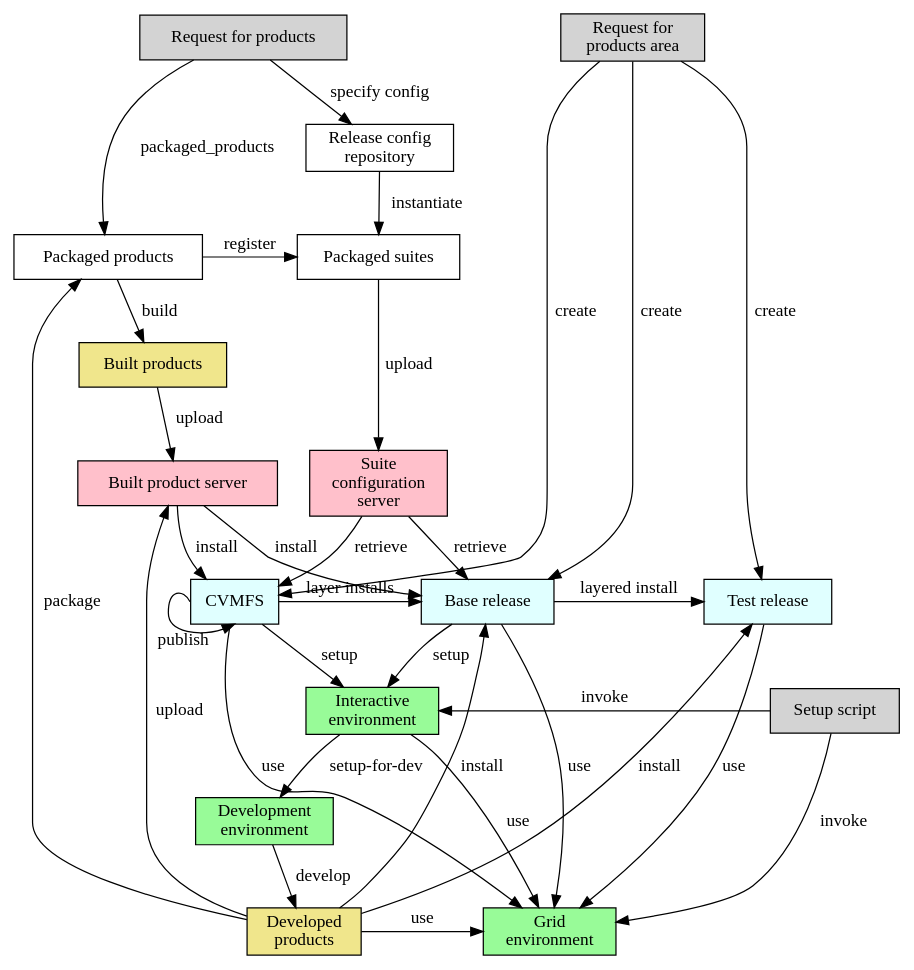
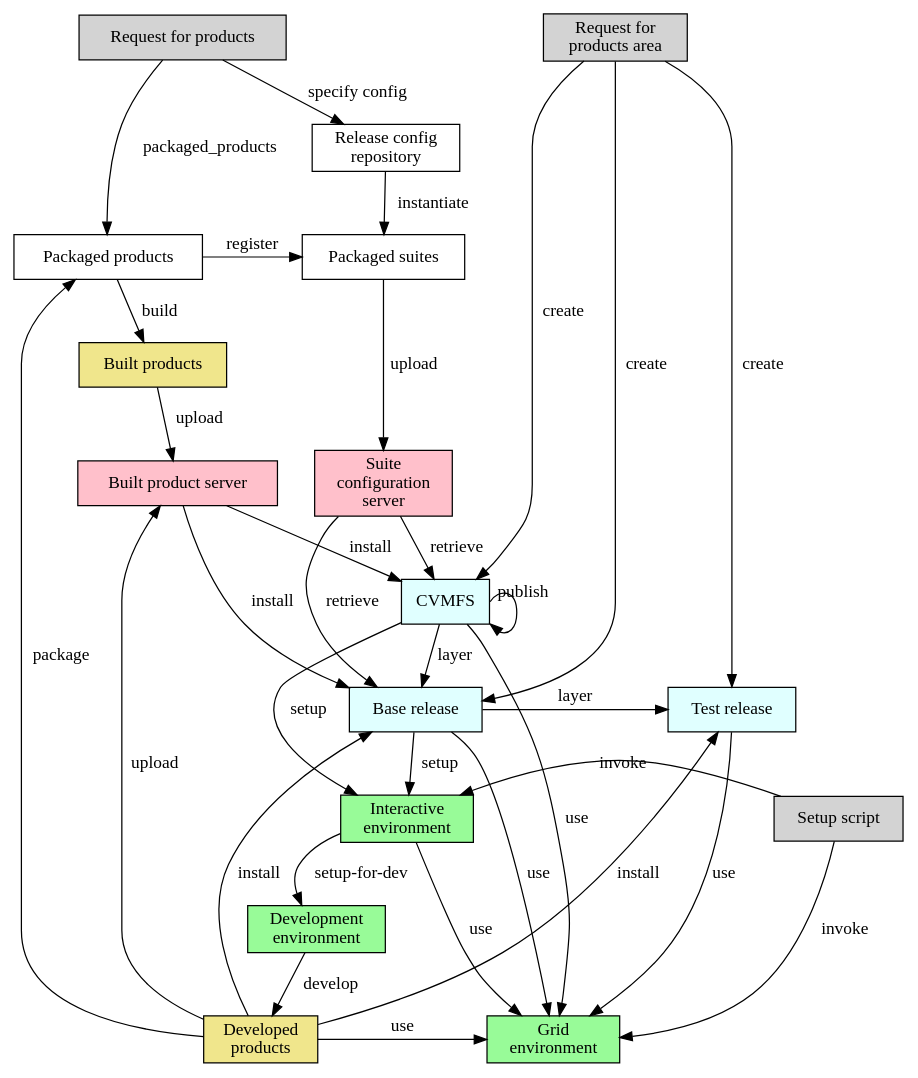
Before and after one commit to marcpaterno/spack_retreat: the diagram in spack.gv, drawn with Graphviz. The commit also changed other lines of this file, not shown here.

Commit message:
Adjust layout

```diff
--- a/spack.gv
+++ b/spack.gv
@@ -1,61 +1,62 @@
 digraph test {
 
   node [shape="rectangle"]
-  
+  nodesep=0.3
+
   request [label="Request for products", style=filled, fillcolor=lightgray]
   request_for_products_area [label="Request for\nproducts area", style=filled, fillcolor=lightgray]
   packaged_products [label="Packaged products"]
   scisoft [label="Built product server", style=filled, fillcolor=pink]
   suite_config_server [label="Suite\nconfiguration\nserver", style=filled, fillcolor=pink]
   build [label="Built products", style=filled, fillcolor=khaki]
   packaged_suites [label="Packaged suites"]
   release_config [label="Release config\nrepository"]
   developed [label="Developed\nproducts", style=filled, fillcolor=khaki]
   local_install [label="Base release", style=filled, fillcolor=lightcyan]
   test_release [label="Test release", style=filled, fillcolor=lightcyan]
   CVMFS [style=filled, fillcolor=lightcyan]
   interactive [label="Interactive\nenvironment", style=filled, fillcolor=palegreen]
   grid [label="Grid\nenvironment", style=filled, fillcolor=palegreen]
   development [label="Development\nenvironment", style=filled, fillcolor=palegreen]
   setup [label="Setup script", style=filled, fillcolor=lightgray]
 
   { rank = same; developed; grid }
   { rank = same; packaged_suites; packaged_products }
-  { rank = same; test_release; local_install; CVMFS }
+  { rank = same; test_release; local_install; }
   { rank = same; suite_config_server; scisoft}
   { rank = same; interactive; setup }
-  { rank= same; request; request_for_products_area }
+  { rank = same; request; request_for_products_area }
 
   CVMFS -> grid [label=" use"]
   CVMFS -> interactive [label=" setup"]
-  CVMFS -> local_install [label="layer installs "]
-  CVMFS:w -> CVMFS:s [xlabel="publish"]
+  CVMFS -> local_install [label="layer"]
+  CVMFS:e -> CVMFS:se [xlabel="publish"]
   build -> scisoft [label=" upload"]
   local_install -> grid [label=" use"]
   local_install -> interactive [label=" setup"]
-  local_install -> test_release[label="layered install"]
+  local_install -> test_release[label="layer"]
   packaged_products -> build [label=" build"]
   packaged_products -> packaged_suites [label="register"]
   packaged_suites -> suite_config_server [label="upload"]
   release_config -> packaged_suites [label = "instantiate"]
   request -> packaged_products [label=" packaged_products"]
   request -> release_config [label="specify config"]
-  request_for_products_area -> CVMFS [label="create"]
-  request_for_products_area -> local_install [label="create"]
-  request_for_products_area -> test_release [label="create"]
+  request_for_products_area -> CVMFS [label=" create"]
+  request_for_products_area -> local_install [label=" create"]
+  request_for_products_area -> test_release [label=" create"]
   scisoft -> CVMFS [label="install"]
   scisoft -> local_install [label="install"]
   suite_config_server -> CVMFS [label="retrieve"]
   suite_config_server -> local_install [label="retrieve"]
   test_release -> grid [label="use"]
   interactive -> development [label=" setup-for-dev"]
   interactive -> grid [label="use"]
   setup -> interactive [label=" invoke"]
   setup -> grid [label=" invoke"]
   development -> developed [label=" develop"]
   developed -> local_install [label=" install"]
   developed -> grid [label="use"]
   developed -> scisoft [label=" upload"]
   developed -> packaged_products [label=" package"]
   developed -> test_release [label="install"]
 }
```
